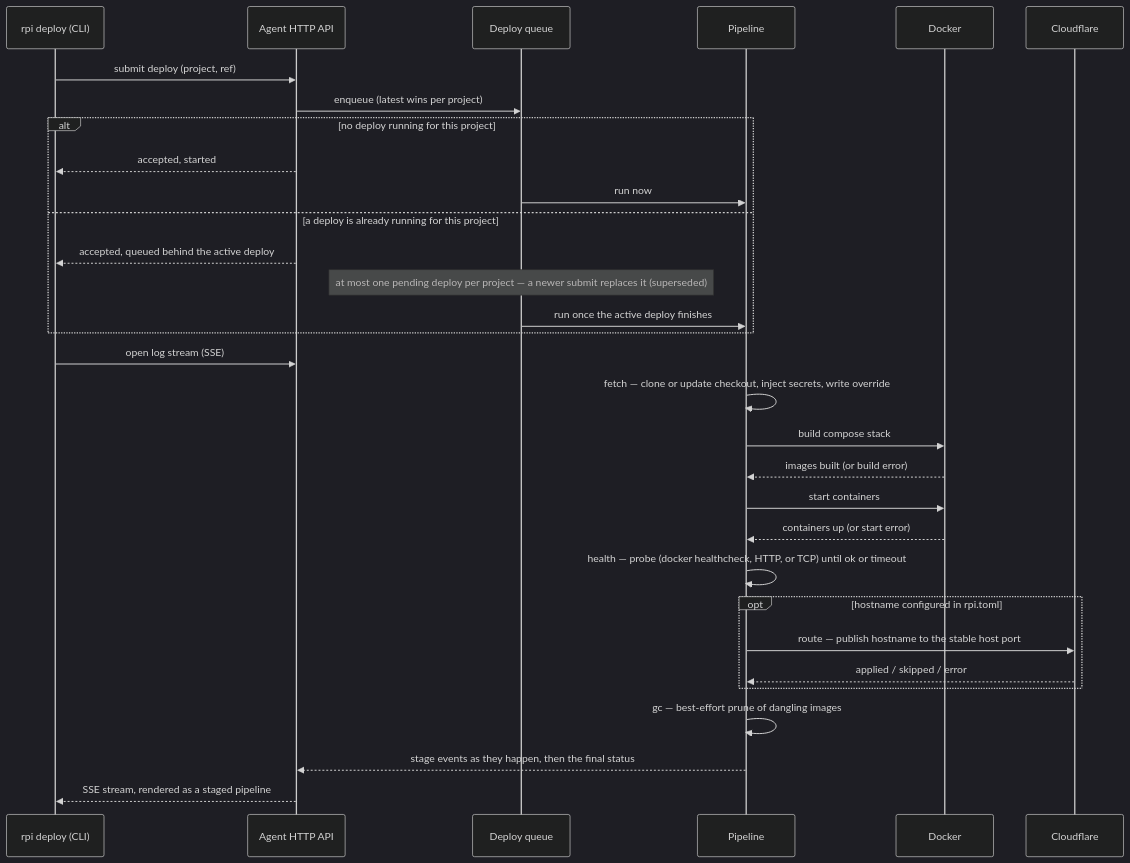
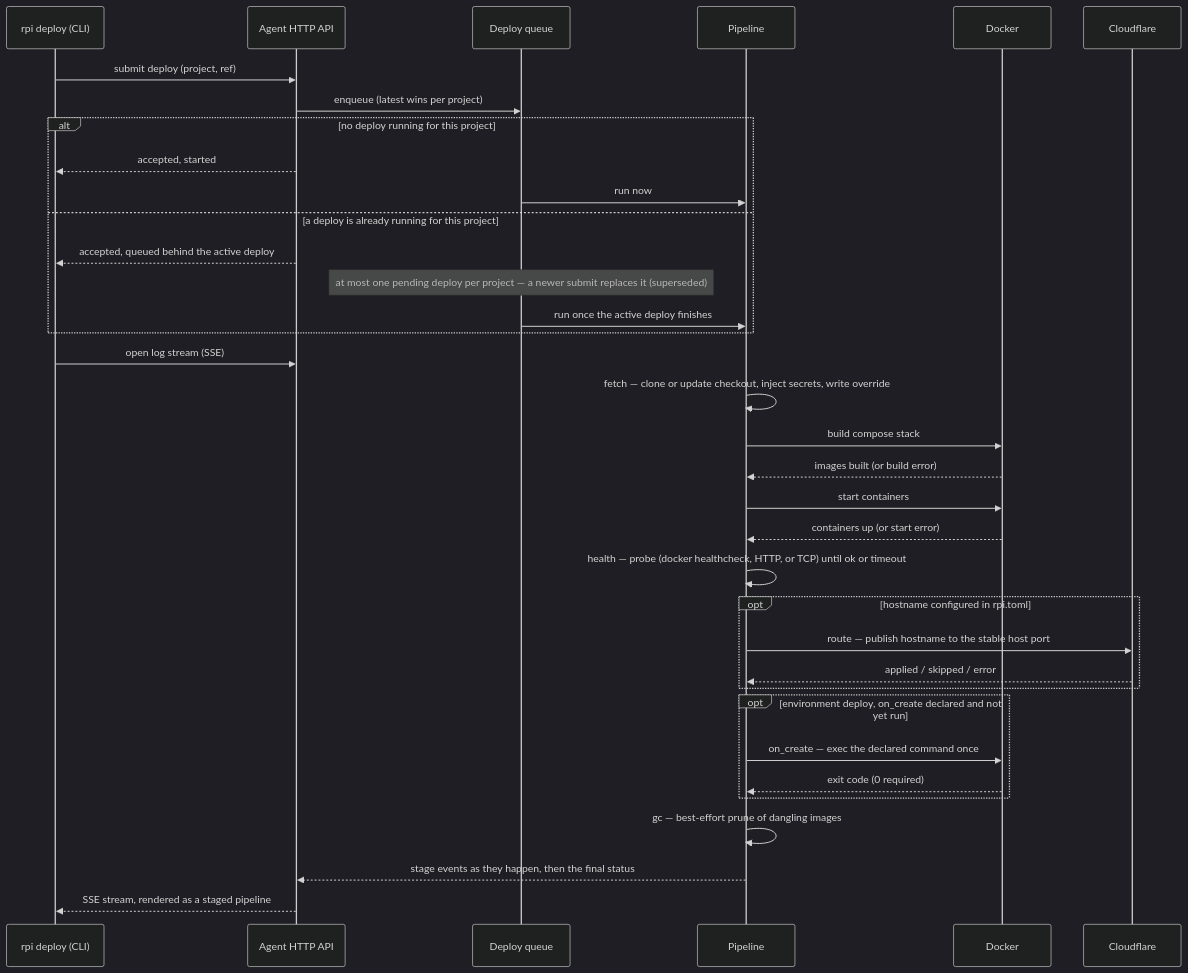
Before and after one commit to khmilevoi/rpi-deploy: the first of 2 diagrams in docs/architecture/flows/deploy.md, drawn with Mermaid (dark theme). The commit also changed other lines of this file and 7 other files, not shown here.

First line of the commit message:
docs: environment overlays architecture and skill updates

````diff
--- a/docs/architecture/flows/deploy.md
+++ b/docs/architecture/flows/deploy.md
@@ -13,34 +13,38 @@
 ```mermaid
 sequenceDiagram
     participant CLI as rpi deploy (CLI)
     participant API as Agent HTTP API
     participant Q as Deploy queue
     participant P as Pipeline
     participant D as Docker
     participant CF as Cloudflare
 
     CLI->>API: submit deploy (project, ref)
     API->>Q: enqueue (latest wins per project)
     alt no deploy running for this project
         API-->>CLI: accepted, started
         Q->>P: run now
     else a deploy is already running for this project
         API-->>CLI: accepted, queued behind the active deploy
         Note over Q: at most one pending deploy per project — a newer submit replaces it (superseded)
         Q->>P: run once the active deploy finishes
     end
     CLI->>API: open log stream (SSE)
     P->>P: fetch — clone or update checkout, inject secrets, write override
     P->>D: build compose stack
     D-->>P: images built (or build error)
     P->>D: start containers
     D-->>P: containers up (or start error)
     P->>P: health — probe (docker healthcheck, HTTP, or TCP) until ok or timeout
     opt hostname configured in rpi.toml
         P->>CF: route — publish hostname to the stable host port
         CF-->>P: applied / skipped / error
     end
+    opt environment deploy, on_create declared and not yet run
+        P->>D: on_create — exec the declared command once
+        D-->>P: exit code (0 required)
+    end
     P->>P: gc — best-effort prune of dangling images
     P-->>API: stage events as they happen, then the final status
     API-->>CLI: SSE stream, rendered as a staged pipeline
 ```
````
